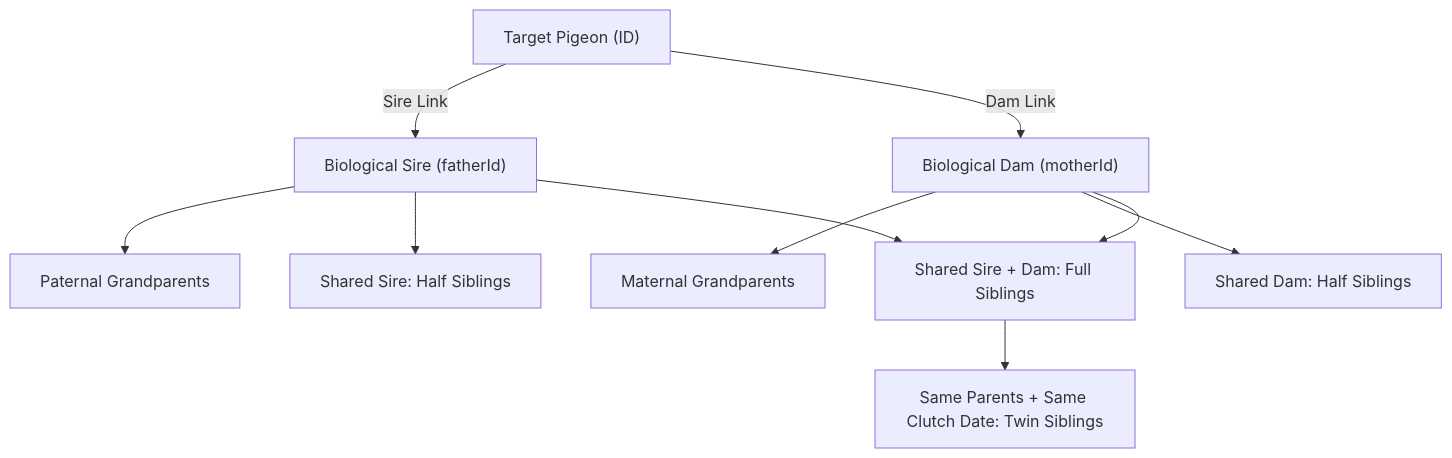
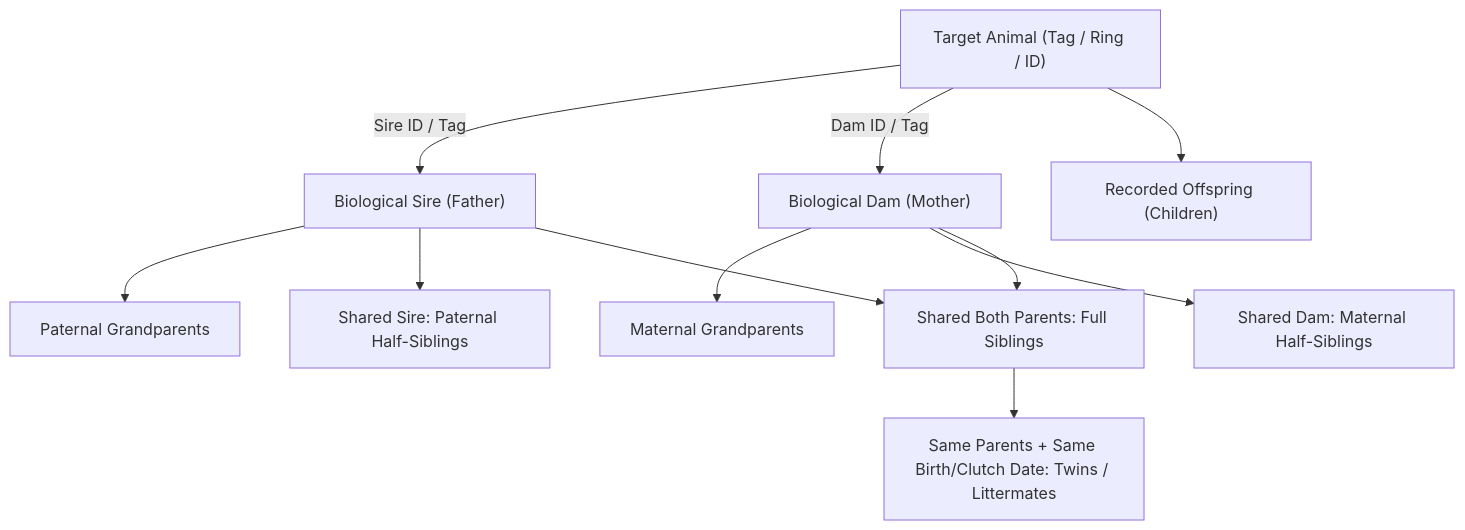
One commit to Mehedi-Hasan-Himel/himel-agro-erp changed the diagram in README.md. Above: the diagram before and after it, drawn with Mermaid. The commit also changed other lines of this file and 42 other files, not shown here.

First line of the commit message:
feat: convert pigeon ERP to scalable multi-animal farming ERP (Pigeon + Goat)

````diff
--- a/README.md
+++ b/README.md
@@ -252,18 +237,20 @@
 ```mermaid
 flowchart TD
-    Target["Target Pigeon (ID)"]
-    Sire["Biological Sire (fatherId)"]
-    Dam["Biological Dam (motherId)"]
+    Target["Target Animal (Tag / Ring / ID)"]
+    Sire["Biological Sire (Father)"]
+    Dam["Biological Dam (Mother)"]
     
-    Target -->|Sire Link| Sire
-    Target -->|Dam Link| Dam
+    Target -->|Sire ID / Tag| Sire
+    Target -->|Dam ID / Tag| Dam
     
     Sire --> SireParents["Paternal Grandparents"]
     Dam --> DamParents["Maternal Grandparents"]
     
-    Sire --> SiblingsA["Shared Sire: Half Siblings"]
-    Dam --> SiblingsB["Shared Dam: Half Siblings"]
+    Sire --> HalfSibA["Shared Sire: Paternal Half-Siblings"]
+    Dam --> HalfSibB["Shared Dam: Maternal Half-Siblings"]
     
-    Sire & Dam --> FullSiblings["Shared Sire + Dam: Full Siblings"]
-    FullSiblings --> Twins["Same Parents + Same Clutch Date: Twin Siblings"]
+    Sire & Dam --> FullSiblings["Shared Both Parents: Full Siblings"]
+    FullSiblings --> Twins["Same Parents + Same Birth/Clutch Date: Twins / Littermates"]
+    
+    Target --> Offspring["Recorded Offspring (Children)"]
 ```
````
